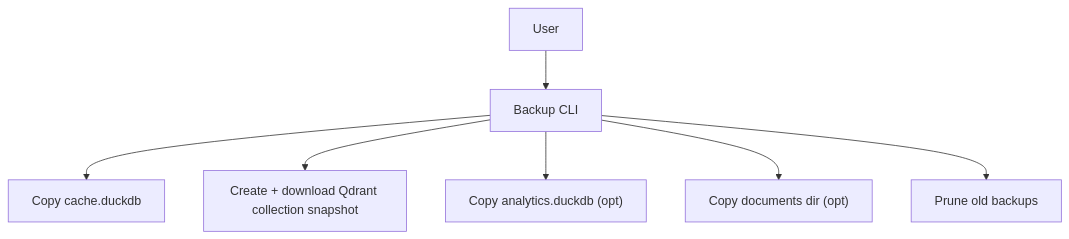
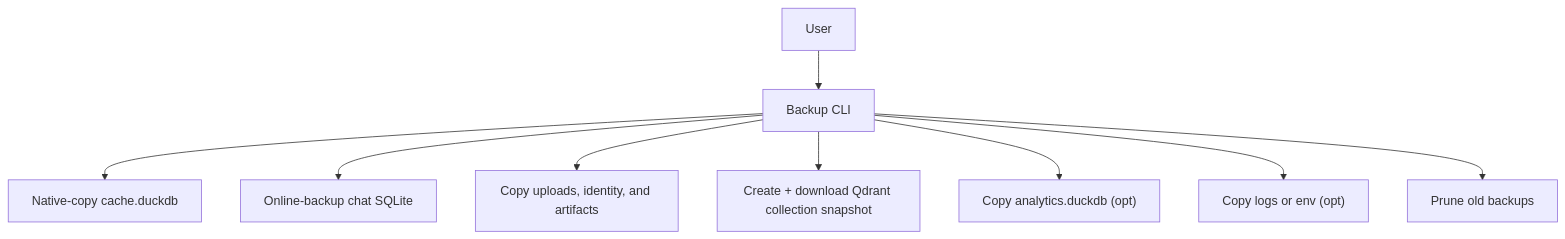
Before and after one commit to BjornMelin/docmind-ai-llm: the diagram in docs/developers/adrs/ADR-033-local-backup-and-retention.md, drawn with Mermaid. The commit also changed other lines of this file and 434 other files, not shown here.

````diff
--- a/docs/developers/adrs/ADR-033-local-backup-and-retention.md
+++ b/docs/developers/adrs/ADR-033-local-backup-and-retention.md
@@ -60,9 +77,11 @@
 ```mermaid
 graph TD
   A["User"] --> B["Backup CLI"]
-  B --> C["Copy cache.duckdb"]
+  B --> C["Native-copy cache.duckdb"]
+  B --> H["Online-backup chat SQLite"]
+  B --> I["Copy uploads, identity, and artifacts"]
   B --> D["Create + download Qdrant collection snapshot"]
   B --> E["Copy analytics.duckdb (opt)"]
-  B --> F["Copy documents dir (opt)"]
+  B --> F["Copy logs or env (opt)"]
   B --> G["Prune old backups"]
 ```
````
